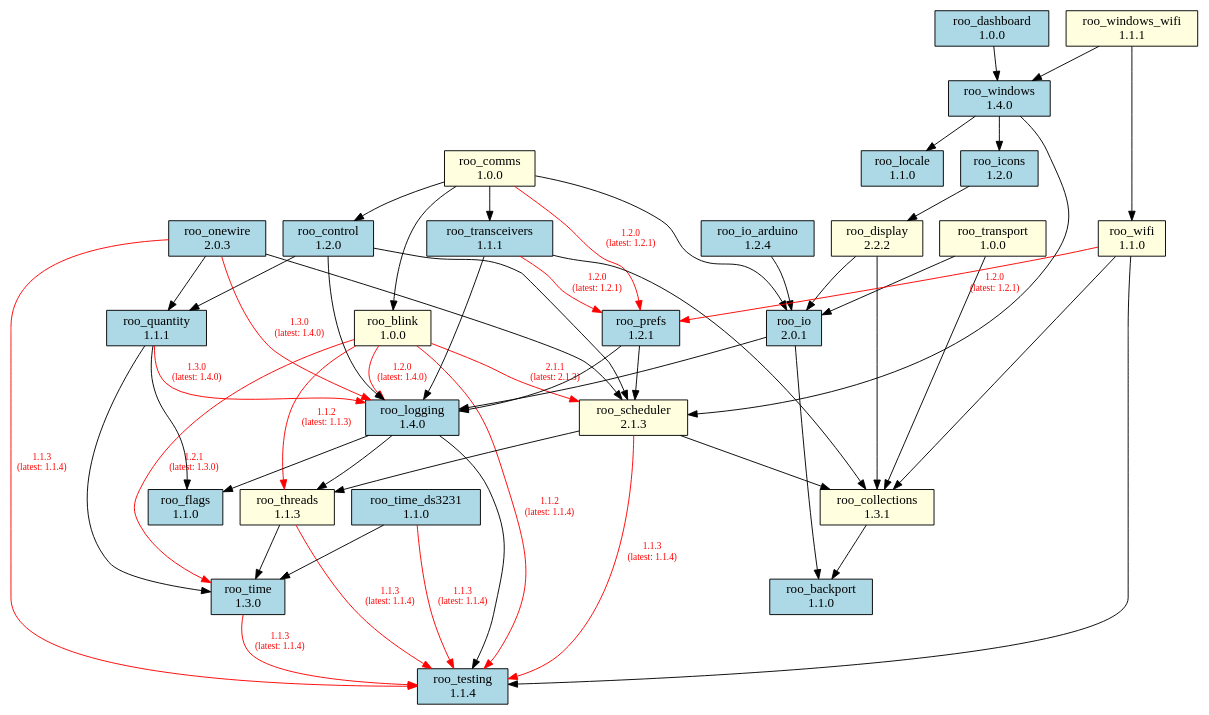
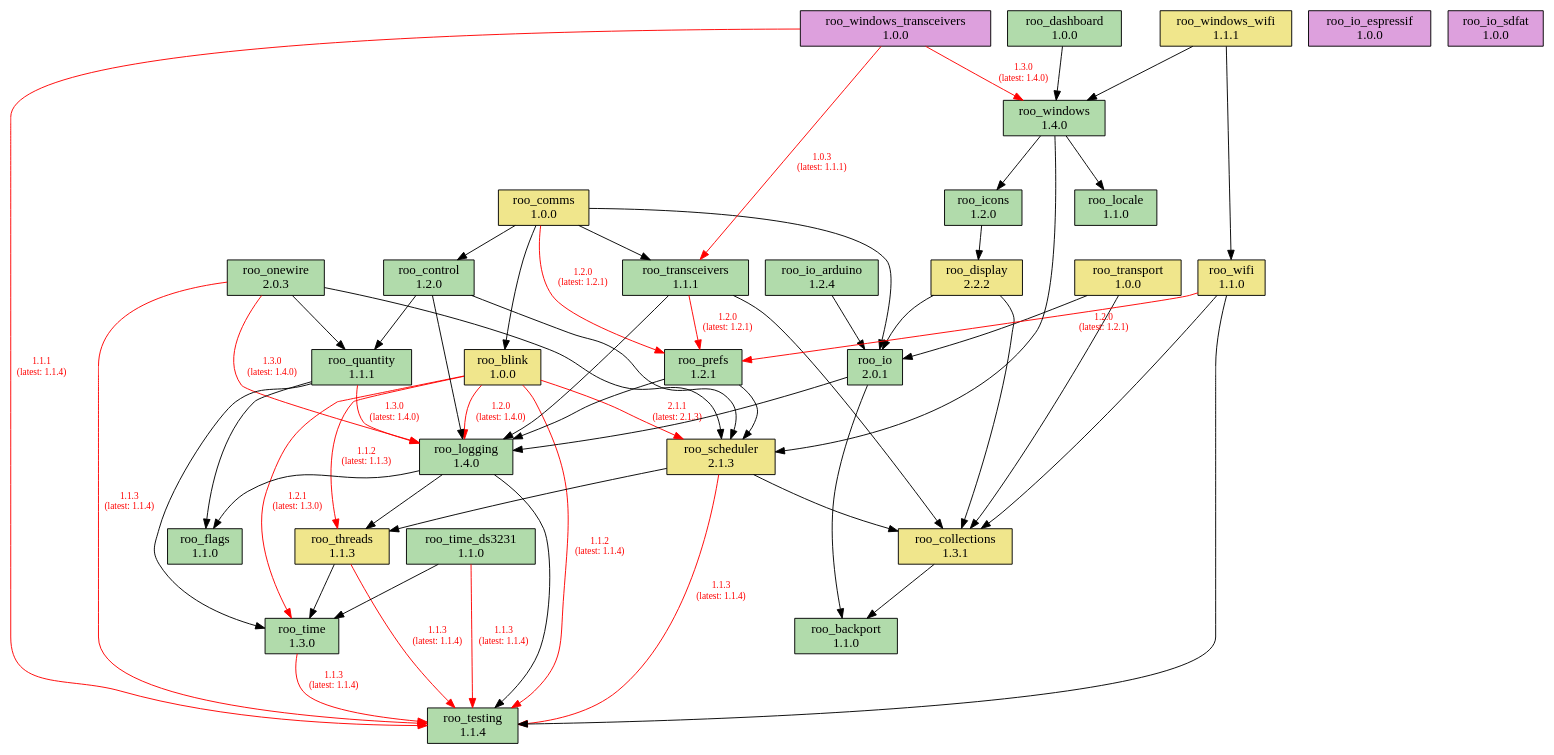
The diagram in doc/dependencies.dot (dejwk/roo-registry), drawn with Graphviz before and after one commit. The commit also changed 2 other files, not shown here.

```diff
--- a/doc/dependencies.dot
+++ b/doc/dependencies.dot
@@ -1,89 +1,95 @@
 digraph dependencies {
     rankdir=TB;
     node [shape=box, style=filled];
     edge [fontsize=10];
 
     // Modules
-    "roo_backport" [label="roo_backport\n1.1.0", fillcolor="lightblue"];
-    "roo_blink" [label="roo_blink\n1.0.0", fillcolor="lightyellow"];
-    "roo_collections" [label="roo_collections\n1.3.1", fillcolor="lightyellow"];
-    "roo_comms" [label="roo_comms\n1.0.0", fillcolor="lightyellow"];
-    "roo_control" [label="roo_control\n1.2.0", fillcolor="lightblue"];
-    "roo_dashboard" [label="roo_dashboard\n1.0.0", fillcolor="lightblue"];
-    "roo_display" [label="roo_display\n2.2.2", fillcolor="lightyellow"];
-    "roo_flags" [label="roo_flags\n1.1.0", fillcolor="lightblue"];
-    "roo_icons" [label="roo_icons\n1.2.0", fillcolor="lightblue"];
-    "roo_io" [label="roo_io\n2.0.1", fillcolor="lightblue"];
-    "roo_io_arduino" [label="roo_io_arduino\n1.2.4", fillcolor="lightblue"];
-    "roo_locale" [label="roo_locale\n1.1.0", fillcolor="lightblue"];
-    "roo_logging" [label="roo_logging\n1.4.0", fillcolor="lightblue"];
-    "roo_onewire" [label="roo_onewire\n2.0.3", fillcolor="lightblue"];
-    "roo_prefs" [label="roo_prefs\n1.2.1", fillcolor="lightblue"];
-    "roo_quantity" [label="roo_quantity\n1.1.1", fillcolor="lightblue"];
-    "roo_scheduler" [label="roo_scheduler\n2.1.3", fillcolor="lightyellow"];
-    "roo_testing" [label="roo_testing\n1.1.4", fillcolor="lightblue"];
-    "roo_threads" [label="roo_threads\n1.1.3", fillcolor="lightyellow"];
-    "roo_time" [label="roo_time\n1.3.0", fillcolor="lightblue"];
-    "roo_time_ds3231" [label="roo_time_ds3231\n1.1.0", fillcolor="lightblue"];
-    "roo_transceivers" [label="roo_transceivers\n1.1.1", fillcolor="lightblue"];
-    "roo_transport" [label="roo_transport\n1.0.0", fillcolor="lightyellow"];
-    "roo_wifi" [label="roo_wifi\n1.1.0", fillcolor="lightyellow"];
-    "roo_windows" [label="roo_windows\n1.4.0", fillcolor="lightblue"];
-    "roo_windows_wifi" [label="roo_windows_wifi\n1.1.1", fillcolor="lightyellow"];
+    "roo_backport" [label="roo_backport\n1.1.0", fillcolor="#b1dbab"];
+    "roo_blink" [label="roo_blink\n1.0.0", fillcolor="khaki"];
+    "roo_collections" [label="roo_collections\n1.3.1", fillcolor="khaki"];
+    "roo_comms" [label="roo_comms\n1.0.0", fillcolor="khaki"];
+    "roo_control" [label="roo_control\n1.2.0", fillcolor="#b1dbab"];
+    "roo_dashboard" [label="roo_dashboard\n1.0.0", fillcolor="#b1dbab"];
+    "roo_display" [label="roo_display\n2.2.2", fillcolor="khaki"];
+    "roo_flags" [label="roo_flags\n1.1.0", fillcolor="#b1dbab"];
+    "roo_icons" [label="roo_icons\n1.2.0", fillcolor="#b1dbab"];
+    "roo_io" [label="roo_io\n2.0.1", fillcolor="#b1dbab"];
+    "roo_io_arduino" [label="roo_io_arduino\n1.2.4", fillcolor="#b1dbab"];
+    "roo_io_espressif" [label="roo_io_espressif\n1.0.0", fillcolor="plum"];
+    "roo_io_sdfat" [label="roo_io_sdfat\n1.0.0", fillcolor="plum"];
+    "roo_locale" [label="roo_locale\n1.1.0", fillcolor="#b1dbab"];
+    "roo_logging" [label="roo_logging\n1.4.0", fillcolor="#b1dbab"];
+    "roo_onewire" [label="roo_onewire\n2.0.3", fillcolor="#b1dbab"];
+    "roo_prefs" [label="roo_prefs\n1.2.1", fillcolor="#b1dbab"];
+    "roo_quantity" [label="roo_quantity\n1.1.1", fillcolor="#b1dbab"];
+    "roo_scheduler" [label="roo_scheduler\n2.1.3", fillcolor="khaki"];
+    "roo_testing" [label="roo_testing\n1.1.4", fillcolor="#b1dbab"];
+    "roo_threads" [label="roo_threads\n1.1.3", fillcolor="khaki"];
+    "roo_time" [label="roo_time\n1.3.0", fillcolor="#b1dbab"];
+    "roo_time_ds3231" [label="roo_time_ds3231\n1.1.0", fillcolor="#b1dbab"];
+    "roo_transceivers" [label="roo_transceivers\n1.1.1", fillcolor="#b1dbab"];
+    "roo_transport" [label="roo_transport\n1.0.0", fillcolor="khaki"];
+    "roo_wifi" [label="roo_wifi\n1.1.0", fillcolor="khaki"];
+    "roo_windows" [label="roo_windows\n1.4.0", fillcolor="#b1dbab"];
+    "roo_windows_transceivers" [label="roo_windows_transceivers\n1.0.0", fillcolor="plum"];
+    "roo_windows_wifi" [label="roo_windows_wifi\n1.1.1", fillcolor="khaki"];
 
     // Dependencies
     "roo_blink" -> "roo_testing" [color=red, fontcolor=red, label="1.1.2\n(latest: 1.1.4)"];
     "roo_blink" -> "roo_logging" [color=red, fontcolor=red, label="1.2.0\n(latest: 1.4.0)"];
     "roo_blink" -> "roo_scheduler" [color=red, fontcolor=red, label="2.1.1\n(latest: 2.1.3)"];
     "roo_blink" -> "roo_threads" [color=red, fontcolor=red, label="1.1.2\n(latest: 1.1.3)"];
     "roo_blink" -> "roo_time" [color=red, fontcolor=red, label="1.2.1\n(latest: 1.3.0)"];
     "roo_collections" -> "roo_backport";
     "roo_comms" -> "roo_blink";
     "roo_comms" -> "roo_control";
     "roo_comms" -> "roo_io";
     "roo_comms" -> "roo_prefs" [color=red, fontcolor=red, label="1.2.0\n(latest: 1.2.1)"];
     "roo_comms" -> "roo_transceivers";
     "roo_control" -> "roo_logging";
     "roo_control" -> "roo_quantity";
     "roo_control" -> "roo_scheduler";
     "roo_dashboard" -> "roo_windows";
     "roo_display" -> "roo_collections";
     "roo_display" -> "roo_io";
     "roo_icons" -> "roo_display";
     "roo_io" -> "roo_backport";
     "roo_io" -> "roo_logging";
     "roo_io_arduino" -> "roo_io";
     "roo_logging" -> "roo_testing";
     "roo_logging" -> "roo_flags";
     "roo_logging" -> "roo_threads";
     "roo_onewire" -> "roo_testing" [color=red, fontcolor=red, label="1.1.3\n(latest: 1.1.4)"];
     "roo_onewire" -> "roo_logging" [color=red, fontcolor=red, label="1.3.0\n(latest: 1.4.0)"];
     "roo_onewire" -> "roo_scheduler";
     "roo_onewire" -> "roo_quantity";
     "roo_prefs" -> "roo_logging";
     "roo_prefs" -> "roo_scheduler";
     "roo_quantity" -> "roo_flags";
     "roo_quantity" -> "roo_logging" [color=red, fontcolor=red, label="1.3.0\n(latest: 1.4.0)"];
     "roo_quantity" -> "roo_time";
     "roo_scheduler" -> "roo_testing" [color=red, fontcolor=red, label="1.1.3\n(latest: 1.1.4)"];
     "roo_scheduler" -> "roo_collections";
     "roo_scheduler" -> "roo_threads";
     "roo_threads" -> "roo_testing" [color=red, fontcolor=red, label="1.1.3\n(latest: 1.1.4)"];
     "roo_threads" -> "roo_time";
     "roo_time" -> "roo_testing" [color=red, fontcolor=red, label="1.1.3\n(latest: 1.1.4)"];
     "roo_time_ds3231" -> "roo_testing" [color=red, fontcolor=red, label="1.1.3\n(latest: 1.1.4)"];
     "roo_time_ds3231" -> "roo_time";
     "roo_transceivers" -> "roo_collections";
     "roo_transceivers" -> "roo_logging";
     "roo_transceivers" -> "roo_prefs" [color=red, fontcolor=red, label="1.2.0\n(latest: 1.2.1)"];
     "roo_transport" -> "roo_collections";
     "roo_transport" -> "roo_io";
     "roo_wifi" -> "roo_testing";
     "roo_wifi" -> "roo_collections";
     "roo_wifi" -> "roo_prefs" [color=red, fontcolor=red, label="1.2.0\n(latest: 1.2.1)"];
     "roo_windows" -> "roo_locale";
     "roo_windows" -> "roo_icons";
     "roo_windows" -> "roo_scheduler";
+    "roo_windows_transceivers" -> "roo_testing" [color=red, fontcolor=red, label="1.1.1\n(latest: 1.1.4)"];
+    "roo_windows_transceivers" -> "roo_transceivers" [color=red, fontcolor=red, label="1.0.3\n(latest: 1.1.1)"];
+    "roo_windows_transceivers" -> "roo_windows" [color=red, fontcolor=red, label="1.3.0\n(latest: 1.4.0)"];
     "roo_windows_wifi" -> "roo_wifi";
     "roo_windows_wifi" -> "roo_windows";
 }
```
